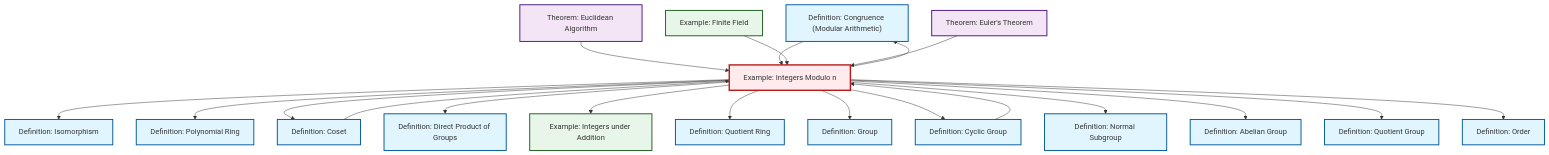
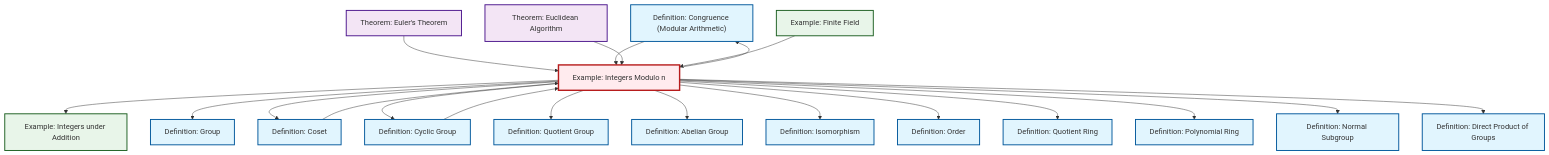
Before and after one commit to RK0429/ModernMath: the diagram in content/en/algebra/ex-quotient-integers-mod-n.qmd, drawn with Mermaid. The commit also changed other lines of this file and 1012 other files, not shown here.

````diff
--- a/content/en/algebra/ex-quotient-integers-mod-n.qmd
+++ b/content/en/algebra/ex-quotient-integers-mod-n.qmd
@@ -137,62 +137,62 @@
 ```{mermaid}
 %%| fig-cap: "Local dependency graph"
 graph TD
     classDef definition fill:#e1f5fe,stroke:#01579b,stroke-width:2px
     classDef theorem fill:#f3e5f5,stroke:#4a148c,stroke-width:2px
     classDef axiom fill:#fff3e0,stroke:#e65100,stroke-width:2px
     classDef example fill:#e8f5e9,stroke:#1b5e20,stroke-width:2px
     classDef current fill:#ffebee,stroke:#b71c1c,stroke-width:3px
     def-congruence["Definition: Congruence (Modular Arithmetic)"]:::definition
-    def-polynomial-ring["Definition: Polynomial Ring"]:::definition
+    thm-euler["Theorem: Euler's Theorem"]:::theorem
+    def-isomorphism["Definition: Isomorphism"]:::definition
+    def-cyclic-group["Definition: Cyclic Group"]:::definition
+    def-order["Definition: Order"]:::definition
+    ex-finite-field["Example: Finite Field"]:::example
+    def-abelian-group["Definition: Abelian Group"]:::definition
     thm-euclidean-algorithm["Theorem: Euclidean Algorithm"]:::theorem
-    def-cyclic-group["Definition: Cyclic Group"]:::definition
-    thm-euler["Theorem: Euler's Theorem"]:::theorem
     def-normal-subgroup["Definition: Normal Subgroup"]:::definition
-    def-isomorphism["Definition: Isomorphism"]:::definition
-    def-order["Definition: Order"]:::definition
-    def-direct-product["Definition: Direct Product of Groups"]:::definition
     def-quotient-ring["Definition: Quotient Ring"]:::definition
     ex-integers-addition["Example: Integers under Addition"]:::example
+    def-coset["Definition: Coset"]:::definition
+    def-polynomial-ring["Definition: Polynomial Ring"]:::definition
     def-quotient-group["Definition: Quotient Group"]:::definition
-    def-abelian-group["Definition: Abelian Group"]:::definition
+    def-direct-product["Definition: Direct Product of Groups"]:::definition
+    def-group["Definition: Group"]:::definition
     ex-quotient-integers-mod-n["Example: Integers Modulo n"]:::example
-    ex-finite-field["Example: Finite Field"]:::example
-    def-coset["Definition: Coset"]:::definition
-    def-group["Definition: Group"]:::definition
+    thm-euler --> ex-quotient-integers-mod-n
+    ex-quotient-integers-mod-n --> def-congruence
+    ex-quotient-integers-mod-n --> ex-integers-addition
+    ex-quotient-integers-mod-n --> def-group
+    ex-quotient-integers-mod-n --> def-coset
+    ex-quotient-integers-mod-n --> def-cyclic-group
+    def-cyclic-group --> ex-quotient-integers-mod-n
+    ex-quotient-integers-mod-n --> def-quotient-group
+    ex-quotient-integers-mod-n --> def-abelian-group
+    ex-quotient-integers-mod-n --> def-isomorphism
+    def-congruence --> ex-quotient-integers-mod-n
+    ex-quotient-integers-mod-n --> def-order
+    ex-quotient-integers-mod-n --> def-quotient-ring
+    thm-euclidean-algorithm --> ex-quotient-integers-mod-n
     def-coset --> ex-quotient-integers-mod-n
-    ex-quotient-integers-mod-n --> def-isomorphism
+    ex-finite-field --> ex-quotient-integers-mod-n
     ex-quotient-integers-mod-n --> def-polynomial-ring
-    ex-quotient-integers-mod-n --> def-coset
-    def-cyclic-group --> ex-quotient-integers-mod-n
+    ex-quotient-integers-mod-n --> def-normal-subgroup
     ex-quotient-integers-mod-n --> def-direct-product
-    thm-euclidean-algorithm --> ex-quotient-integers-mod-n
-    ex-quotient-integers-mod-n --> ex-integers-addition
-    ex-quotient-integers-mod-n --> def-congruence
-    ex-quotient-integers-mod-n --> def-quotient-ring
-    def-congruence --> ex-quotient-integers-mod-n
-    ex-quotient-integers-mod-n --> def-group
-    ex-quotient-integers-mod-n --> def-cyclic-group
-    ex-quotient-integers-mod-n --> def-normal-subgroup
-    ex-quotient-integers-mod-n --> def-abelian-group
-    ex-quotient-integers-mod-n --> def-quotient-group
-    ex-quotient-integers-mod-n --> def-order
-    ex-finite-field --> ex-quotient-integers-mod-n
-    thm-euler --> ex-quotient-integers-mod-n
     class ex-quotient-integers-mod-n current
     click def-congruence "def-congruence.html" "Go to Congruence (Modular Arithmetic) definition"
-    click def-polynomial-ring "def-polynomial-ring.html" "Go to Polynomial Ring definition"
+    click thm-euler "thm-euler.html" "Go to Euler's Theorem theorem"
+    click def-isomorphism "def-isomorphism.html" "Go to Isomorphism definition"
+    click def-cyclic-group "def-cyclic-group.html" "Go to Cyclic Group definition"
+    click def-order "def-order.html" "Go to Order definition"
+    click ex-finite-field "ex-finite-field.html" "Go to Finite Field example"
+    click def-abelian-group "def-abelian-group.html" "Go to Abelian Group definition"
     click thm-euclidean-algorithm "thm-euclidean-algorithm.html" "Go to Euclidean Algorithm theorem"
-    click def-cyclic-group "def-cyclic-group.html" "Go to Cyclic Group definition"
-    click thm-euler "thm-euler.html" "Go to Euler's Theorem theorem"
     click def-normal-subgroup "def-normal-subgroup.html" "Go to Normal Subgroup definition"
-    click def-isomorphism "def-isomorphism.html" "Go to Isomorphism definition"
-    click def-order "def-order.html" "Go to Order definition"
-    click def-direct-product "def-direct-product.html" "Go to Direct Product of Groups definition"
     click def-quotient-ring "def-quotient-ring.html" "Go to Quotient Ring definition"
     click ex-integers-addition "ex-integers-addition.html" "Go to Integers under Addition example"
+    click def-coset "def-coset.html" "Go to Coset definition"
+    click def-polynomial-ring "def-polynomial-ring.html" "Go to Polynomial Ring definition"
     click def-quotient-group "def-quotient-group.html" "Go to Quotient Group definition"
-    click def-abelian-group "def-abelian-group.html" "Go to Abelian Group definition"
-    click ex-finite-field "ex-finite-field.html" "Go to Finite Field example"
-    click def-coset "def-coset.html" "Go to Coset definition"
+    click def-direct-product "def-direct-product.html" "Go to Direct Product of Groups definition"
     click def-group "def-group.html" "Go to Group definition"
 ```
````
